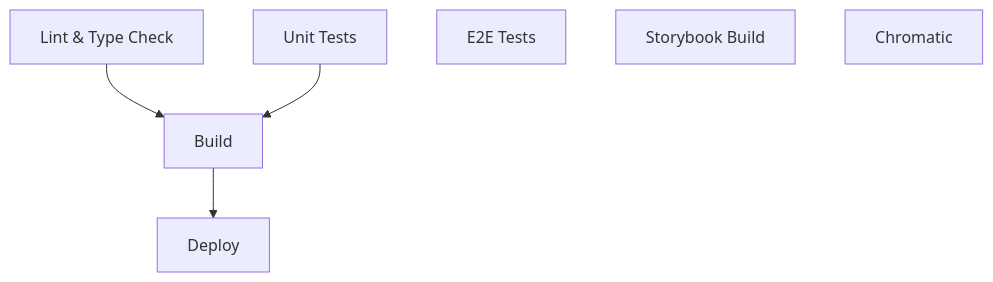
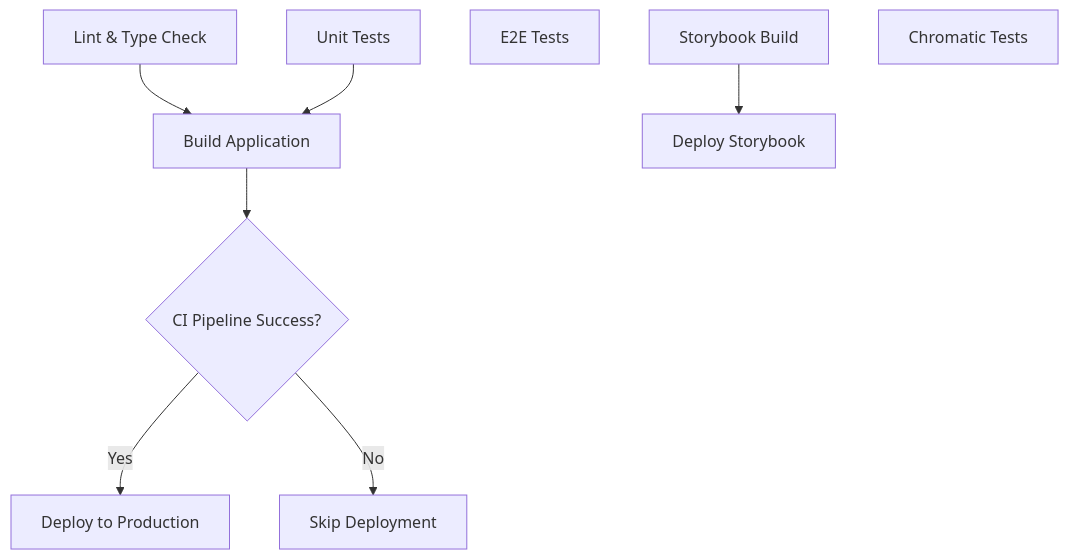
Before and after one commit to Krosebrook/pixel-perfect: the diagram in docs/CI-CD.md, drawn with Mermaid. The commit also changed other lines of this file and 1 other file, not shown here.

````diff
--- a/docs/CI-CD.md
+++ b/docs/CI-CD.md
@@ -81,9 +105,11 @@
 ```mermaid
 graph TD
-    A[Lint & Type Check] --> D[Build]
+    A[Lint & Type Check] --> D[Build Application]
     B[Unit Tests] --> D
     C[E2E Tests]
-    D --> E[Deploy]
-    F[Storybook Build]
-    G[Chromatic]
+    D --> H{CI Pipeline Success?}
+    H -->|Yes| E[Deploy to Production]
+    H -->|No| I[Skip Deployment]
+    F[Storybook Build] --> G[Deploy Storybook]
+    J[Chromatic Tests]
 ```
````
